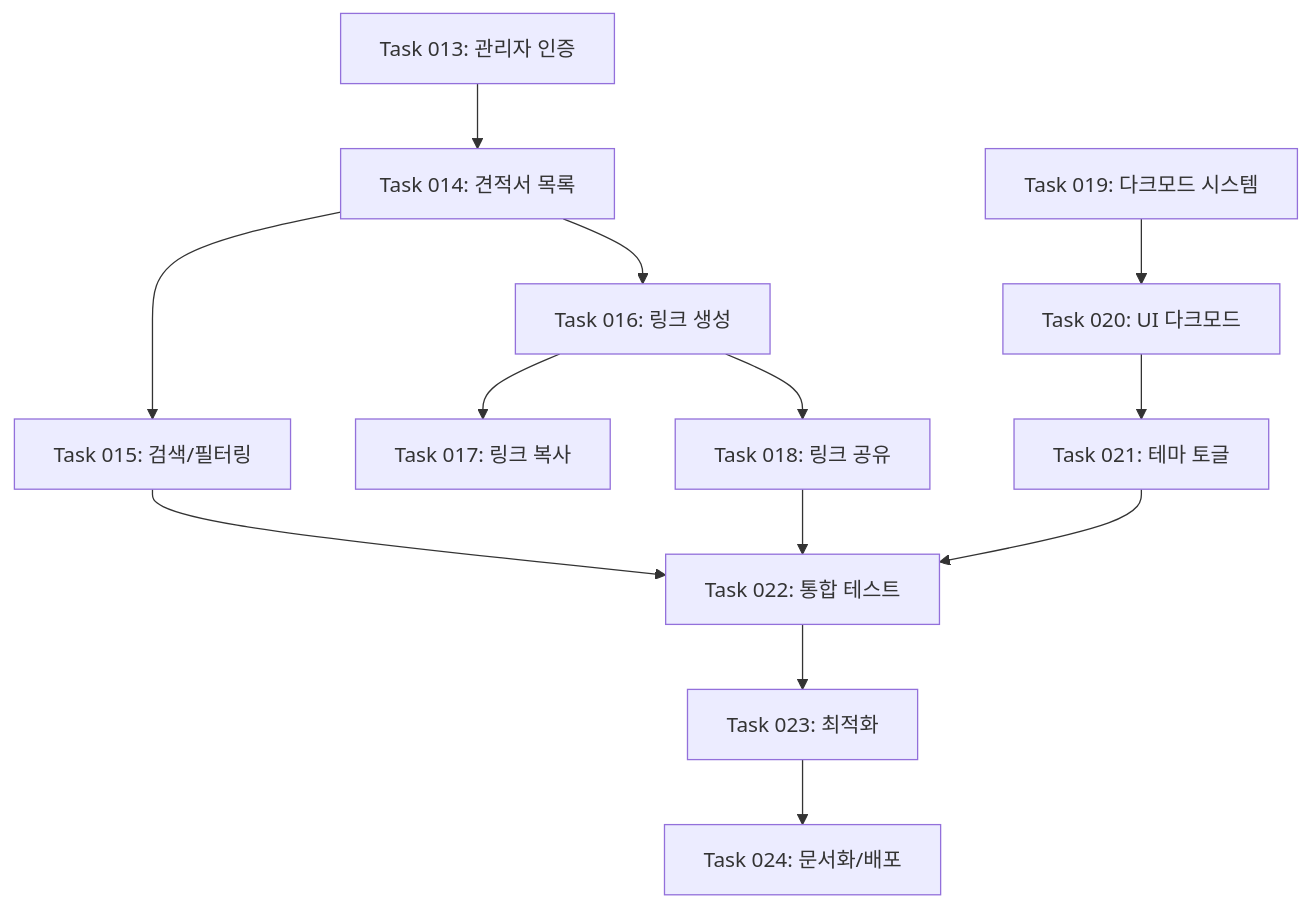
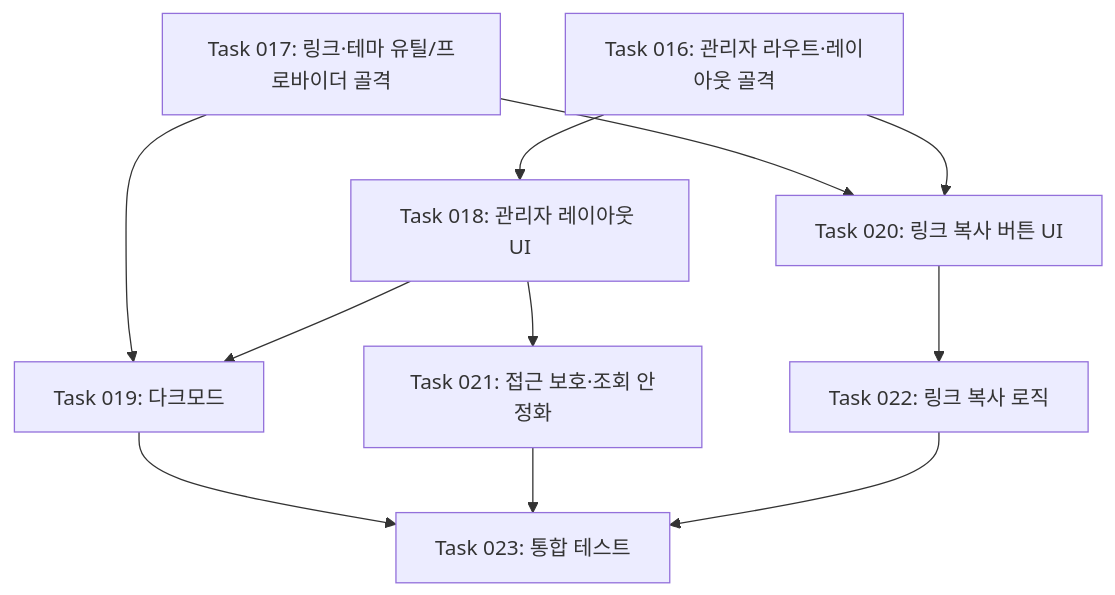
The diagram in docs/ROADMAP.md (DsWideCool/invoice-web), drawn with Mermaid before and after one commit. The commit also changed other lines of this file and 52 other files, not shown here.

First line of the commit message:
feat: 관리자 레이아웃·링크 복사·다크모드 고도화 (Task 016~023)

````diff
--- a/docs/ROADMAP.md
+++ b/docs/ROADMAP.md
@@ -260,17 +245,13 @@
 ```mermaid
 graph TD
-    A[Task 013: 관리자 인증] --> B[Task 014: 견적서 목록]
-    B --> C[Task 015: 검색/필터링]
-    B --> D[Task 016: 링크 생성]
-    D --> E[Task 017: 링크 복사]
-    D --> F[Task 018: 링크 공유]
-
-    G[Task 019: 다크모드 시스템] --> H[Task 020: UI 다크모드]
-    H --> I[Task 021: 테마 토글]
-
-    C --> J[Task 022: 통합 테스트]
-    F --> J
-    I --> J
-    J --> K[Task 023: 최적화]
-    K --> L[Task 024: 문서화/배포]
+    T016[Task 016: 관리자 라우트·레이아웃 골격] --> T018[Task 018: 관리자 레이아웃 UI]
+    T017[Task 017: 링크·테마 유틸/프로바이더 골격] --> T019[Task 019: 다크모드]
+    T017 --> T020[Task 020: 링크 복사 버튼 UI]
+    T016 --> T020
+    T018 --> T021[Task 021: 접근 보호·조회 안정화]
+    T020 --> T022[Task 022: 링크 복사 로직]
+    T018 --> T019
+    T019 --> T023[Task 023: 통합 테스트]
+    T021 --> T023
+    T022 --> T023
 ```
````
